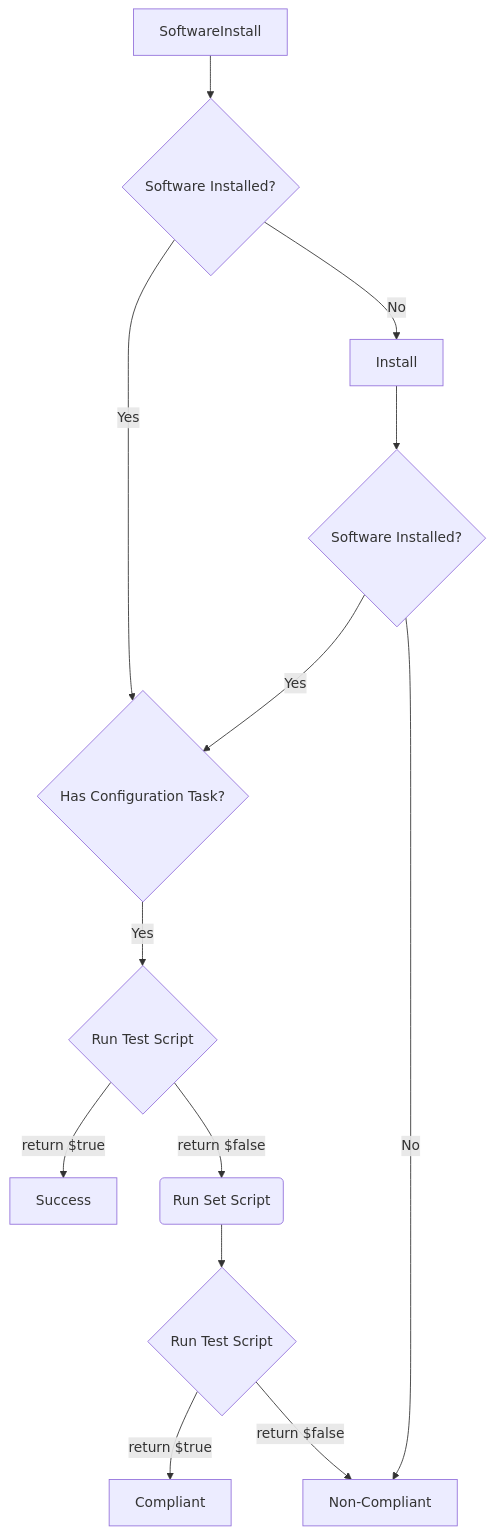
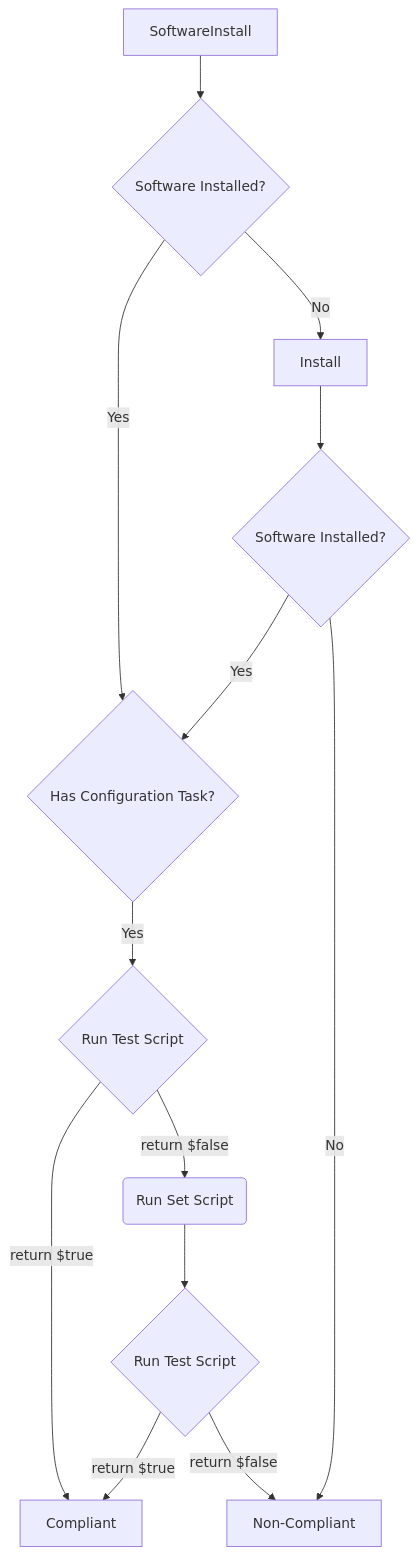
Before and after one commit to immense/immybot-documentation: the first of 5 diagrams in src/README.md, drawn with Mermaid.

Commit message:
Changes Success to Compliant

````diff
--- a/src/README.md
+++ b/src/README.md
@@ -244,15 +244,15 @@
 ```mermaid
 flowchart TD
  SoftwareInstall --> Detect{Software Installed?}
  Detect --> |No| Install
  Detect --> |Yes| HasConfigurationTask{Has Configuration Task?}
  Install --> PostInstallDetect{Software Installed?}
  PostInstallDetect --> |Yes|HasConfigurationTask
  HasConfigurationTask --> |Yes| MaintenanceTaskTest{Run Test Script}
- MaintenanceTaskTest --> |return $true| Success
+ MaintenanceTaskTest --> |return $true| Compliant
  MaintenanceTaskTest --> |return $false| RunSetScript(Run Set Script)
  RunSetScript --> PostMaintenanceTaskTest{Run Test Script}
  PostMaintenanceTaskTest --> |return $true| Compliant
  PostMaintenanceTaskTest --> |return $false| Non-Compliant
  PostInstallDetect --> |No| Non-Compliant
 ```
````
